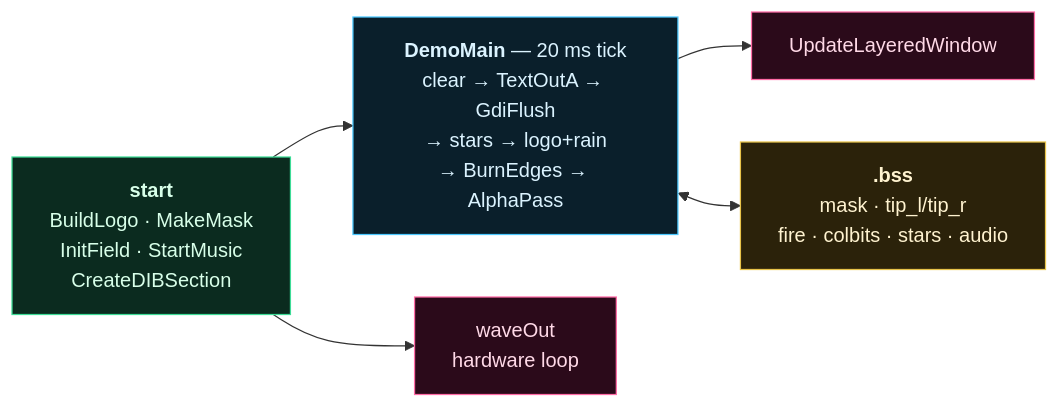
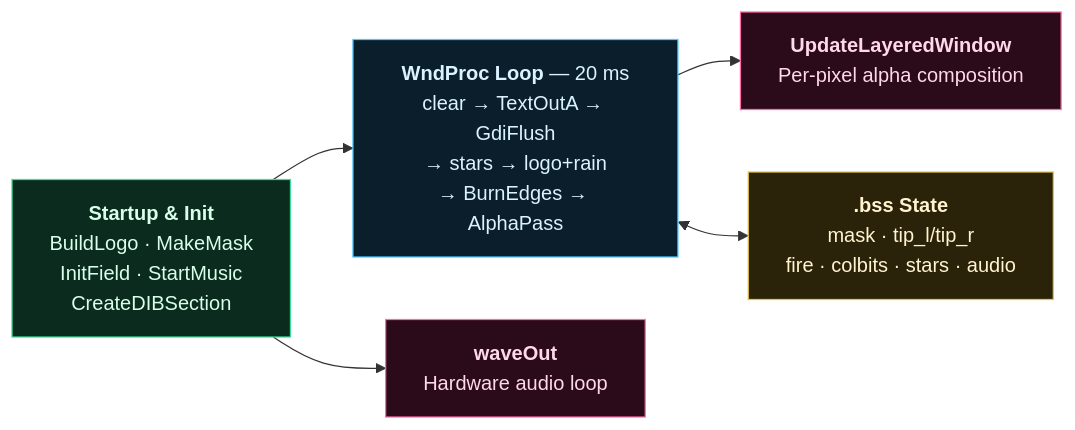
One commit to fredgis/introfredgis changed the first of 2 diagrams in README.md. Above: the diagram before and after it, drawn with Mermaid. The commit also changed other lines of this file, not shown here.

First line of the commit message:
Enhance Mermaid architecture and add detailed frame pipeline diagram in README.md

````diff
--- a/README.md
+++ b/README.md
@@ -132,21 +132,21 @@
 ```mermaid
 flowchart LR
-    A["<b>start</b><br/>BuildLogo · MakeMask<br/>InitField · StartMusic<br/>CreateDIBSection"]
-    B["<b>DemoMain</b> — 20 ms tick<br/>clear → TextOutA → GdiFlush<br/>→ stars → logo+rain<br/>→ BurnEdges → AlphaPass"]
-    C["<b>.bss</b><br/>mask · tip_l/tip_r<br/>fire · colbits · stars · audio"]
-    D["UpdateLayeredWindow"]
-    E["waveOut<br/>hardware loop"]
+    A["<b>Startup & Init</b><br/>BuildLogo · MakeMask<br/>InitField · StartMusic<br/>CreateDIBSection"]
+    B["<b>WndProc Loop</b> — 20 ms<br/>clear → TextOutA → GdiFlush<br/>→ stars → logo+rain<br/>→ BurnEdges → AlphaPass"]
+    C["<b>.bss State</b><br/>mask · tip_l/tip_r<br/>fire · colbits · stars · audio"]
+    D["<b>UpdateLayeredWindow</b><br/>Per-pixel alpha composition"]
+    E["<b>waveOut</b><br/>Hardware audio loop"]
 
     A --> B --> D
     A --> E
     B <--> C
 
     classDef a fill:#0b2b1f,stroke:#3ddc97,color:#d8ffe9
     classDef b fill:#0a1f2b,stroke:#4bc8ff,color:#dbf3ff
     classDef c fill:#2b220a,stroke:#e8c34a,color:#fff3d0
     classDef d fill:#2b0a1a,stroke:#ff6ba6,color:#ffd9e7
     class A a
     class B b
     class C c
     class D,E d
 ```
````
